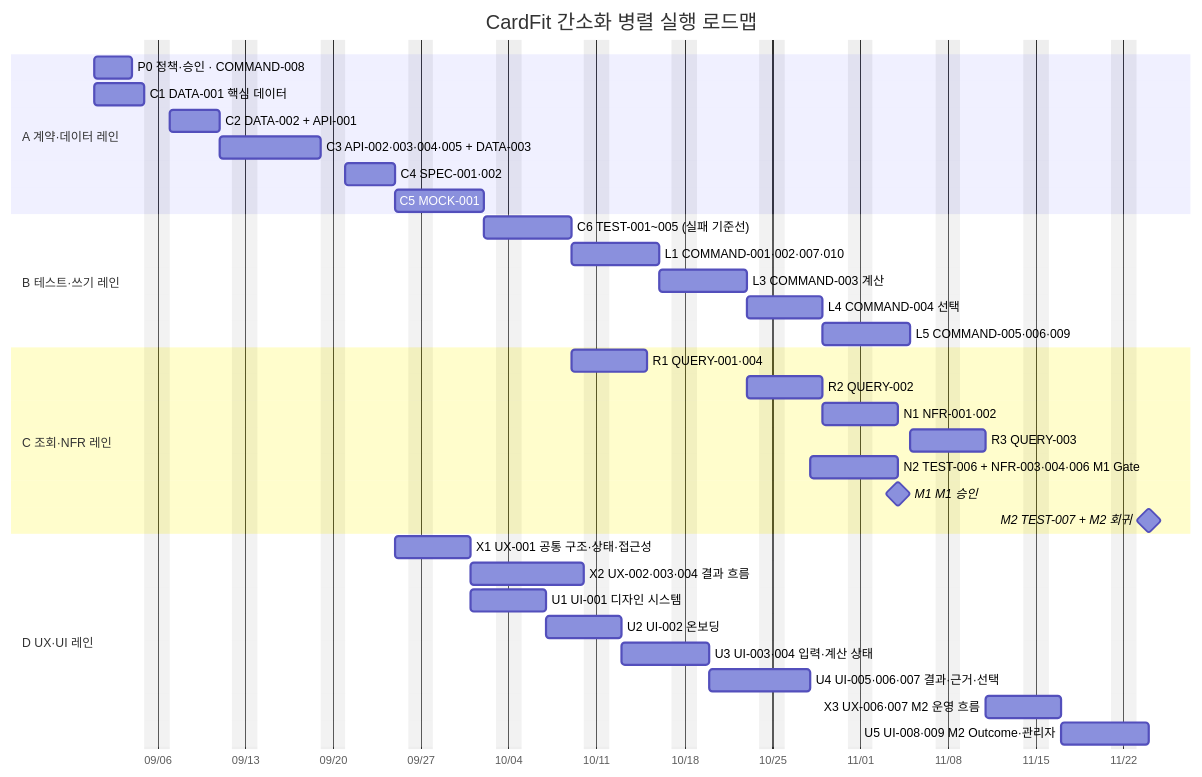
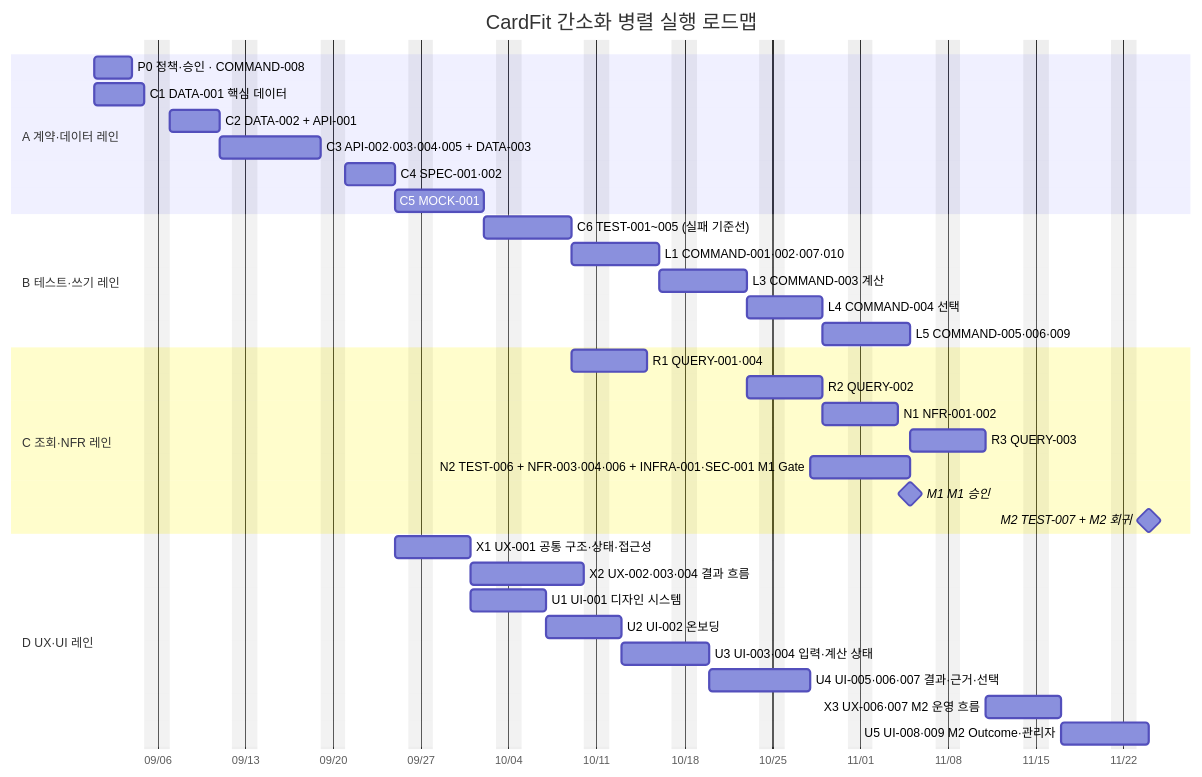
The second of 2 diagrams in TASK/task1/03_병렬실행_Gantt_로드맵.md (jennie-brain/CardFit-prd-to-srs), drawn with Mermaid before and after one commit. The commit also changed other lines of this file and 6 other files, not shown here.

First line of the commit message:
docs: unify TASK baseline to 54 and sync gantt/wave with INFRA-001, SEC-001

````diff
--- a/TASK/task1/03_병렬실행_Gantt_로드맵.md
+++ b/TASK/task1/03_병렬실행_Gantt_로드맵.md
@@ -64,41 +65,41 @@
 ```mermaid
 gantt
   title CardFit 간소화 병렬 실행 로드맵
   dateFormat  YYYY-MM-DD
   axisFormat  %m/%d
   excludes    weekends
 
   section A 계약·데이터 레인
   P0 정책·승인 · COMMAND-008              :p0, 2026-09-01, 3d
   C1 DATA-001 핵심 데이터                 :c1, 2026-09-01, 4d
   C2 DATA-002 + API-001                   :c2, after c1, 4d
   C3 API-002·003·004·005 + DATA-003       :c3, after c2, 6d
   C4 SPEC-001·002                          :c4, after c3, 4d
   C5 MOCK-001                               :c5, after c4, 5d
 
   section B 테스트·쓰기 레인
   C6 TEST-001~005 (실패 기준선)             :c6, after c5, 5d
   L1 COMMAND-001·002·007·010               :l1, after c6, 5d
   L3 COMMAND-003 계산                       :l3, after l1, 5d
   L4 COMMAND-004 선택                       :l4, after l3, 4d
   L5 COMMAND-005·006·009                    :l5, after l4, 5d
 
   section C 조회·NFR 레인
   R1 QUERY-001·004                          :r1, after c6, 4d
   R2 QUERY-002                              :r2, after l3, 4d
   N1 NFR-001·002                             :n1, after r2, 4d
   R3 QUERY-003                               :r3, after l5, 4d
-  N2 TEST-006 + NFR-003·004·006 M1 Gate      :n2, after u4, 5d
+  N2 TEST-006 + NFR-003·004·006 + INFRA-001·SEC-001 M1 Gate :n2, after u4, 6d
   M1 M1 승인                                  :milestone, m1, after n2, 0d
   M2 TEST-007 + M2 회귀                     :milestone, m2, after u5, 0d
 
   section D UX·UI 레인
   X1 UX-001 공통 구조·상태·접근성            :x1, after c4, 4d
   X2 UX-002·003·004 결과 흐름               :x2, after x1, 7d
   U1 UI-001 디자인 시스템                   :u1, after x1, 4d
   U2 UI-002 온보딩                           :u2, after u1, 4d
   U3 UI-003·004 입력·계산 상태              :u3, after u2, 5d
   U4 UI-005·006·007 결과·근거·선택          :u4, after u3, 6d
   X3 UX-006·007 M2 운영 흐름                :x3, after r3, 4d
   U5 UI-008·009 M2 Outcome·관리자            :u5, after x3, 5d
 ```
````
